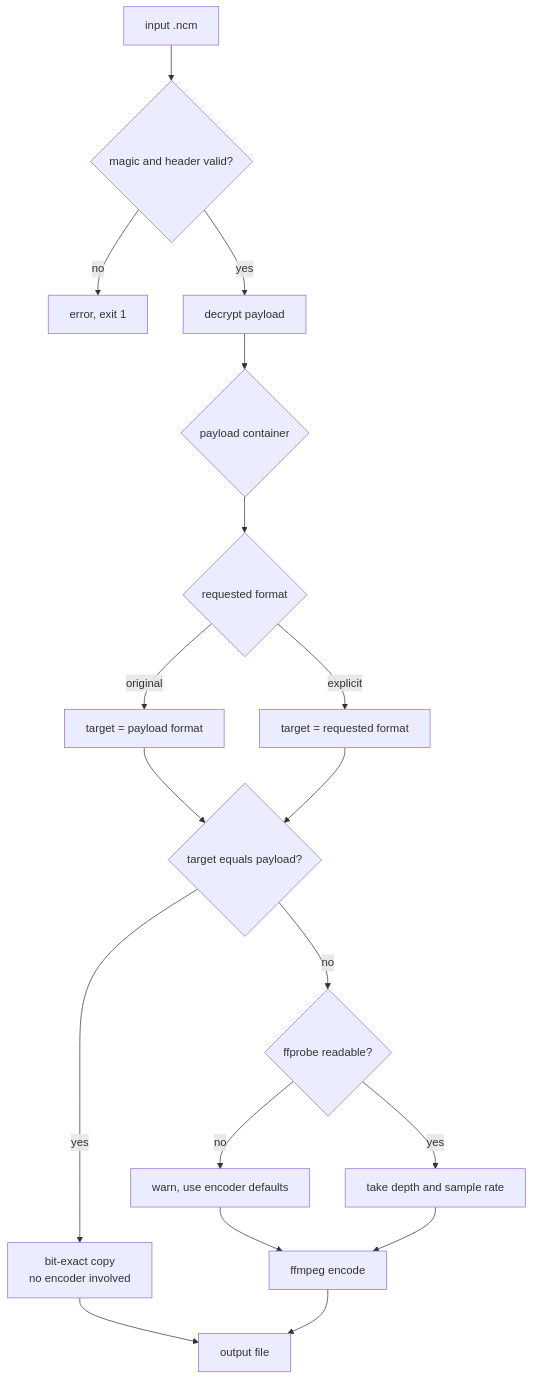
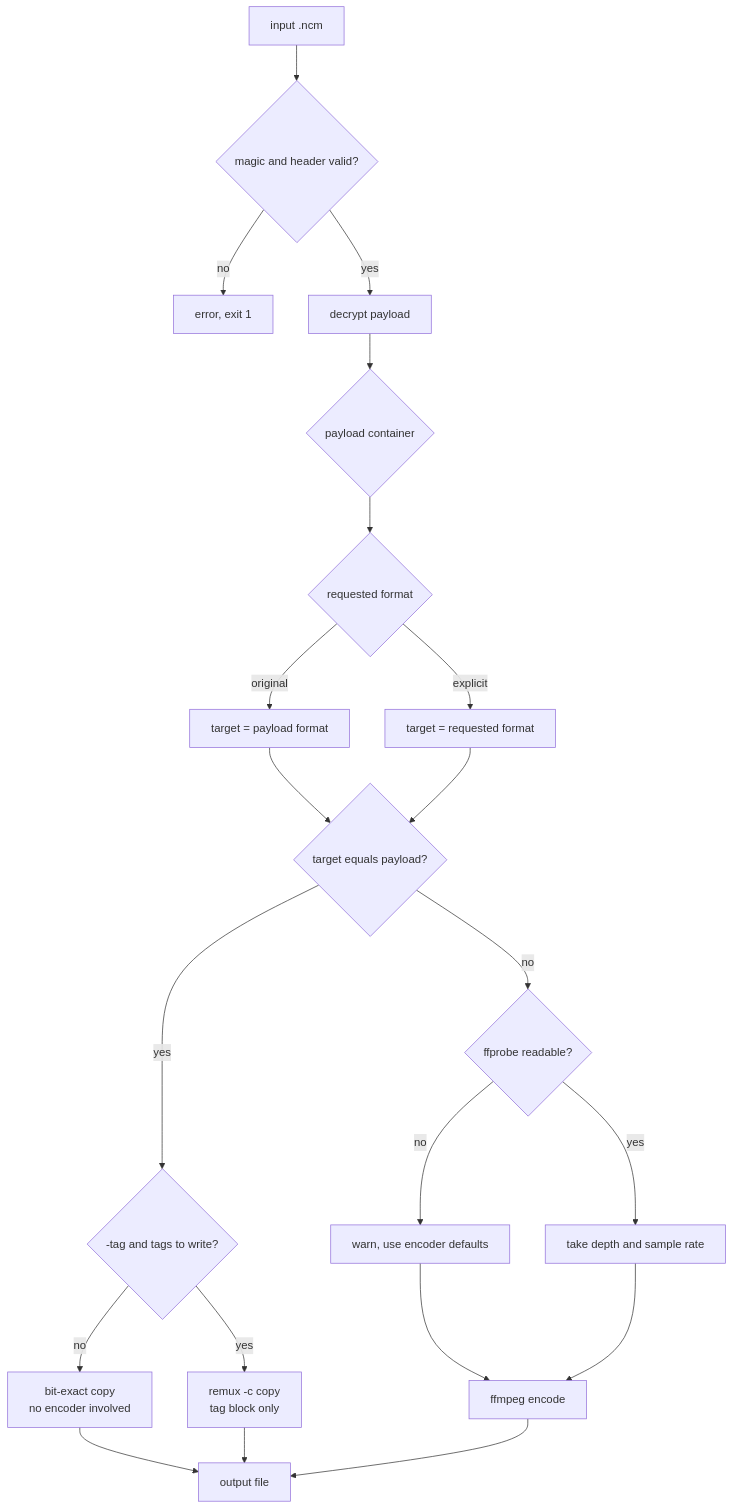
Before and after one commit to ByteFluffy/ncmconv: the second of 3 diagrams in README.md, drawn with Mermaid. The commit also changed other lines of this file and 3 other files, not shown here.

First line of the commit message:
feat: add -tag to attach tags and cover without re-encoding

````diff
--- a/README.md
+++ b/README.md
@@ -130,20 +133,23 @@
 ```mermaid
 flowchart TD
     In["input .ncm"] --> Magic{"magic and header valid?"}
     Magic -->|"no"| Fail["error, exit 1"]
     Magic -->|"yes"| Decrypt["decrypt payload"]
     Decrypt --> Detect{"payload container"}
     Detect --> Requested{"requested format"}
     Requested -->|"original"| Target1["target = payload format"]
     Requested -->|"explicit"| Target2["target = requested format"]
     Target1 --> Same{"target equals payload?"}
     Target2 --> Same
-    Same -->|"yes"| Copy["bit-exact copy<br/>no encoder involved"]
+    Same -->|"yes"| Tag{"-tag and tags to write?"}
+    Tag -->|"no"| Copy["bit-exact copy<br/>no encoder involved"]
+    Tag -->|"yes"| Remux["remux -c copy<br/>tag block only"]
     Same -->|"no"| Probed{"ffprobe readable?"}
     Probed -->|"no"| Warn["warn, use encoder defaults"]
     Probed -->|"yes"| Use["take depth and sample rate"]
     Warn --> Encode["ffmpeg encode"]
     Use --> Encode
     Copy --> Done["output file"]
+    Remux --> Done
     Encode --> Done
 ```
````
